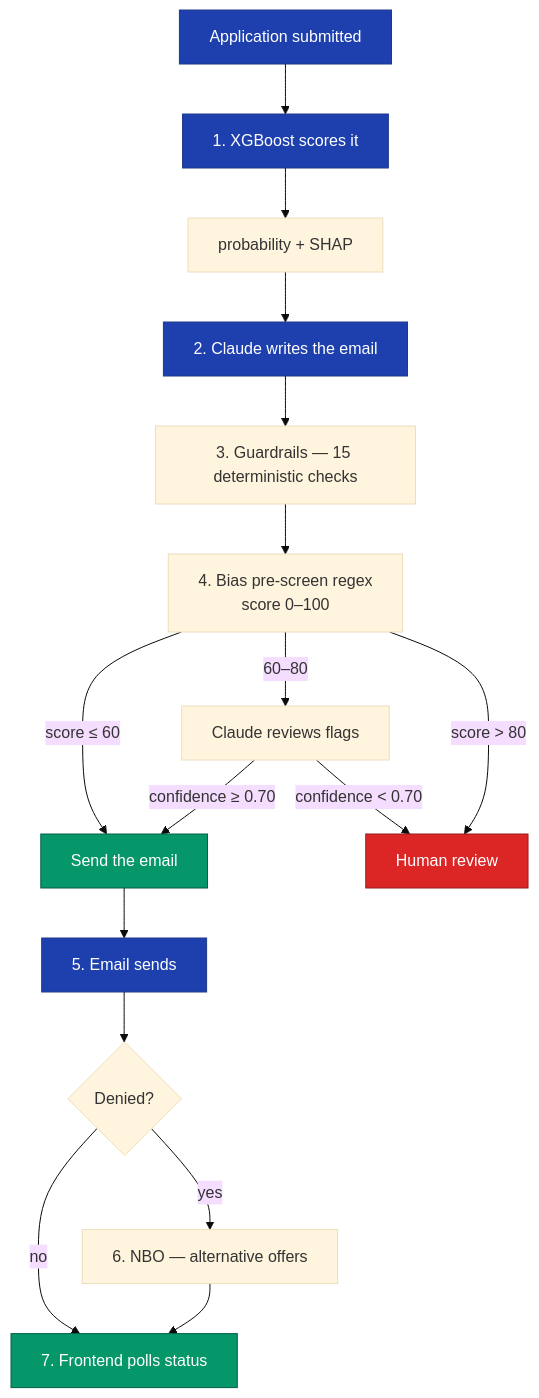
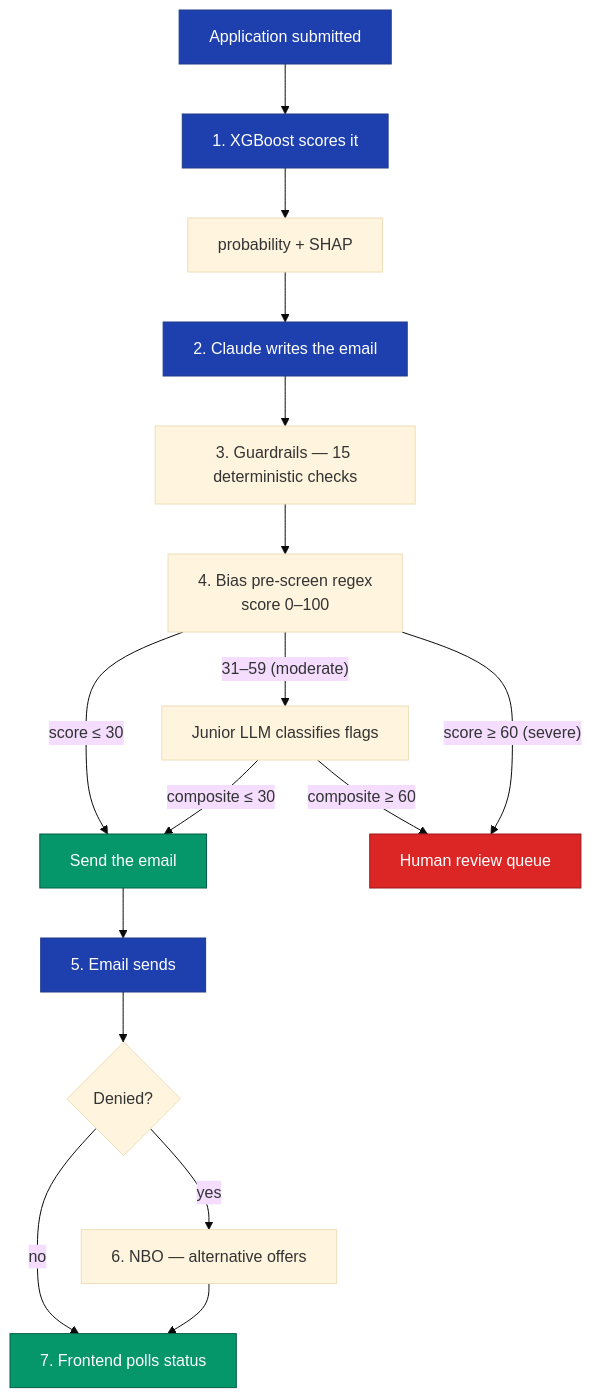
The diagram in README.md (zeroyuekun/loan-approval-ai-system), drawn with Mermaid (base theme) before and after one commit. The commit also changed other lines of this file and 1 other file, not shown here.

````diff
--- a/README.md
+++ b/README.md
@@ -43,25 +43,25 @@
 ```mermaid
 flowchart TD
     A[Application submitted] --> B[1. XGBoost scores it]
     B --> B1[probability + SHAP]
     B1 --> C[2. Claude writes the email]
     C --> D[3. Guardrails — 15 deterministic checks]
     D --> E[4. Bias pre-screen regex<br/>score 0–100]
-    E -- "score ≤ 60" --> F[Send the email]
-    E -- "60–80" --> G[Claude reviews flags]
-    G -- "confidence &lt; 0.70" --> H[Human review]
-    G -- "confidence ≥ 0.70" --> F
-    E -- "score &gt; 80" --> H
+    E -- "score ≤ 30" --> F[Send the email]
+    E -- "31–59 (moderate)" --> G[Junior LLM classifies flags]
+    G -- "composite ≤ 30" --> F
+    G -- "composite ≥ 60" --> H[Human review queue]
+    E -- "score ≥ 60 (severe)" --> H
     F --> I[5. Email sends]
     I --> J{Denied?}
     J -- yes --> K[6. NBO — alternative offers]
     J -- no --> L[7. Frontend polls status]
     K --> L
 
     classDef primary fill:#1e40af,color:#fff,stroke:#1e3a8a
     classDef review fill:#dc2626,color:#fff,stroke:#991b1b
     classDef ok fill:#059669,color:#fff,stroke:#065f46
     class A,B,C,I primary
     class H review
     class F,L ok
 ```
````
